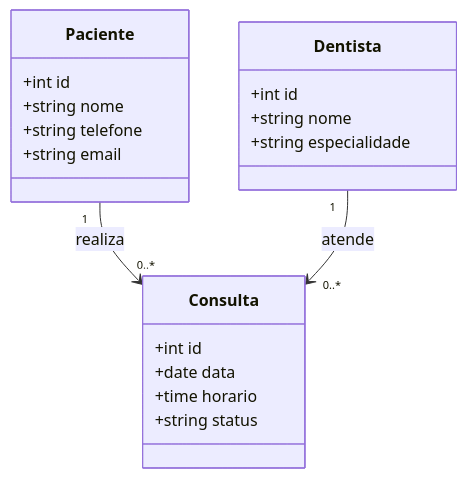
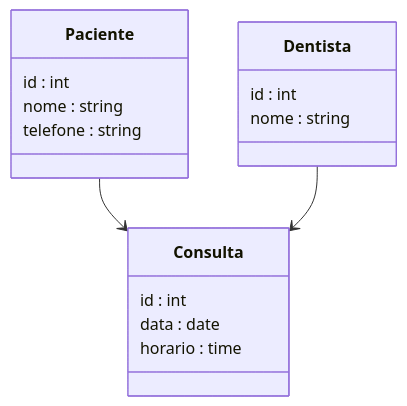
Before and after one commit to marcelacls/Sistema-de-agendamento-PHP: the diagram in README.md, drawn with Mermaid. The commit also changed other lines of this file, not shown here.

````diff
--- a/README.md
+++ b/README.md
@@ -73,26 +73,23 @@
 ```mermaid
 classDiagram
 
 class Paciente {
-  +int id
-  +string nome
-  +string telefone
-  +string email
+  id : int
+  nome : string
+  telefone : string
 }
 
 class Dentista {
-  +int id
-  +string nome
-  +string especialidade
+  id : int
+  nome : string
 }
 
 class Consulta {
-  +int id
-  +date data
-  +time horario
-  +string status
+  id : int
+  data : date
+  horario : time
 }
 
-Paciente "1" --> "0..*" Consulta : realiza
-Dentista "1" --> "0..*" Consulta : atende
+Paciente --> Consulta
+Dentista --> Consulta
 ```
````
